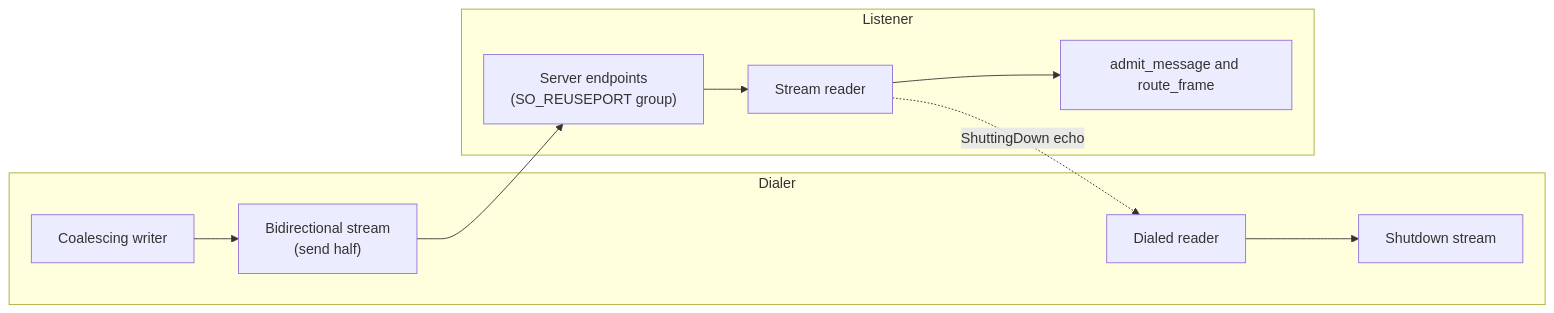
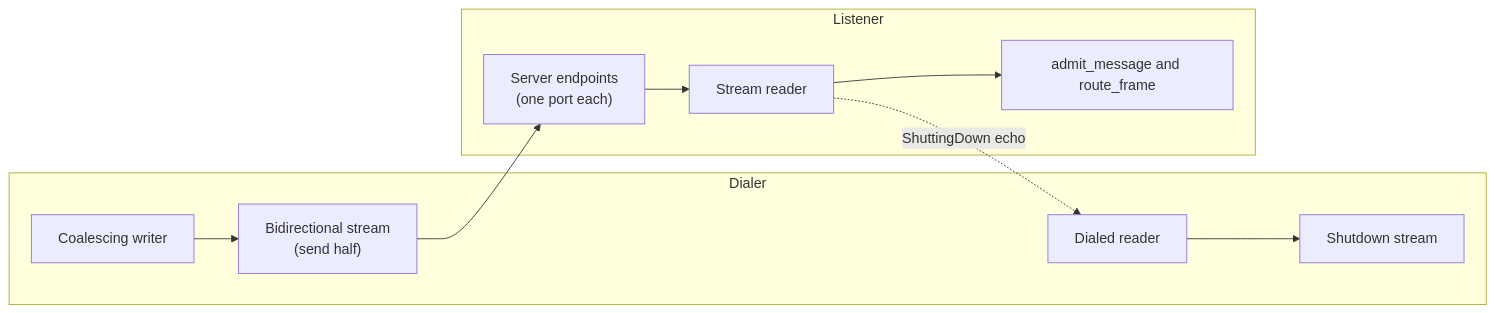
The diagram in docs/src/concepts/transports.md (ai-dynamo/velo), drawn with Mermaid before and after one commit. The commit also changed other lines of this file and 10 other files, not shown here.

First line of the commit message:
feat(transports): one port per QUIC server socket, and lanes spread over them (#106)

````diff
--- a/docs/src/concepts/transports.md
+++ b/docs/src/concepts/transports.md
@@ -64,13 +64,13 @@
 ```mermaid
 graph LR
     subgraph Dialer
         W[Coalescing writer] --> S["Bidirectional stream<br>(send half)"]
         R[Dialed reader] --> A1[Shutdown stream]
     end
     subgraph Listener
-        E["Server endpoints<br>(SO_REUSEPORT group)"] --> F[Stream reader]
+        E["Server endpoints<br>(one port each)"] --> F[Stream reader]
         F --> AD[admit_message and route_frame]
         F -. "ShuttingDown echo" .-> R
     end
     S --> E
 ```
````
